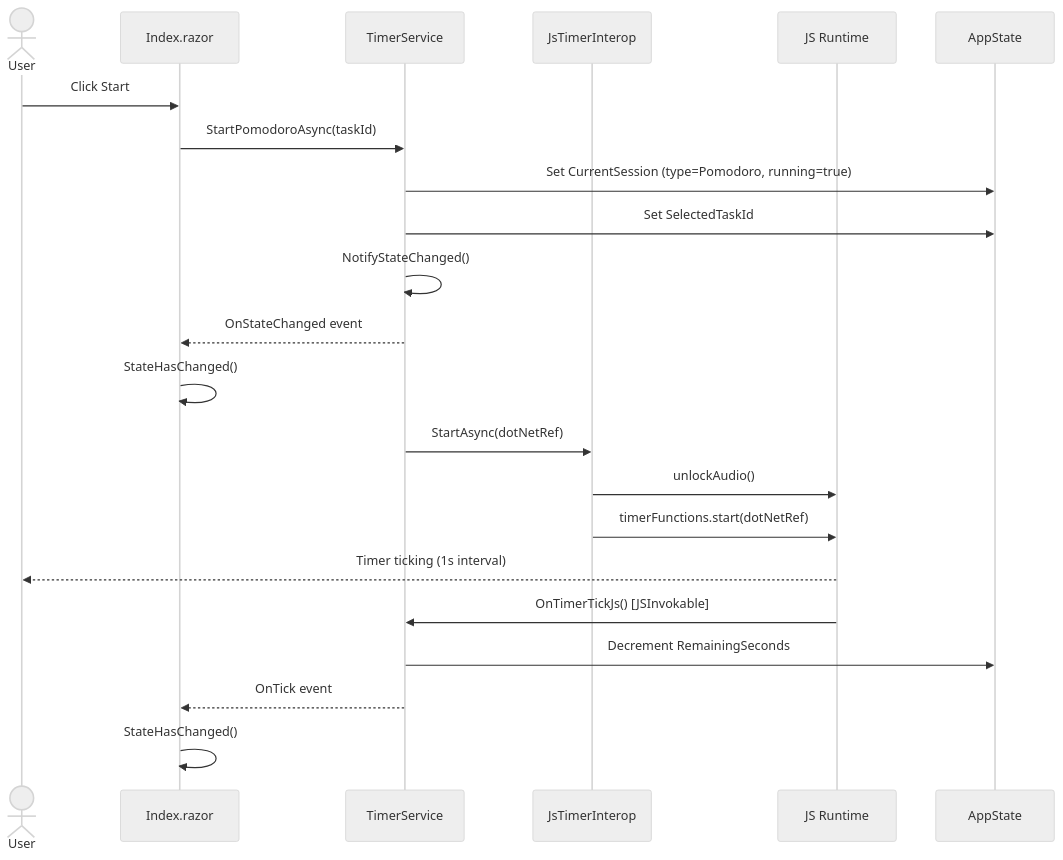
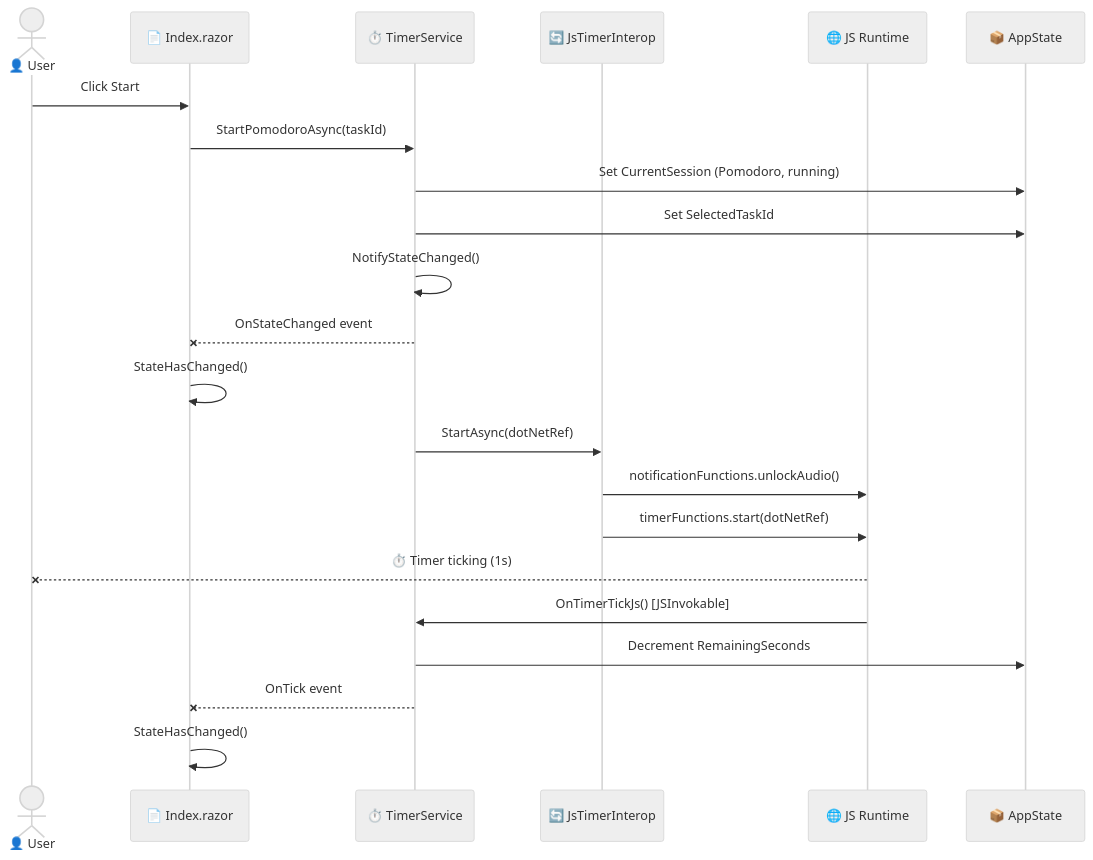
Before and after one commit to Nayeem170/Pomodoro: the fourth of 9 diagrams in CODEMAP.md, drawn with Mermaid (neutral theme). The commit also changed other lines of this file, not shown here.

Commit message:
docs: polish CODEMAP.md with Mermaid architecture, visual styling, and verified accuracy

````diff
--- a/CODEMAP.md
+++ b/CODEMAP.md
@@ -202,25 +232,25 @@
 ```mermaid
 sequenceDiagram
-    actor User
-    participant Index as Index.razor
-    participant TS as TimerService
-    participant JTI as JsTimerInterop
-    participant JS as JS Runtime
-    participant AS as AppState
+    actor U as 👤 User
+    participant I as 📄 Index.razor
+    participant TS as ⏱️ TimerService
+    participant JTI as 🔄 JsTimerInterop
+    participant JS as 🌐 JS Runtime
+    participant AS as 📦 AppState
 
-    User->>Index: Click Start
-    Index->>TS: StartPomodoroAsync(taskId)
-    TS->>AS: Set CurrentSession (type=Pomodoro, running=true)
+    U->>I: Click Start
+    I->>TS: StartPomodoroAsync(taskId)
+    TS->>AS: Set CurrentSession (Pomodoro, running)
     TS->>AS: Set SelectedTaskId
     TS->>TS: NotifyStateChanged()
-    TS-->>Index: OnStateChanged event
-    Index->>Index: StateHasChanged()
+    TS--xI: OnStateChanged event
+    I->>I: StateHasChanged()
     TS->>JTI: StartAsync(dotNetRef)
-    JTI->>JS: unlockAudio()
+    JTI->>JS: notificationFunctions.unlockAudio()
     JTI->>JS: timerFunctions.start(dotNetRef)
-    JS-->>User: Timer ticking (1s interval)
+    JS--xU: ⏱️ Timer ticking (1s)
     JS->>TS: OnTimerTickJs() [JSInvokable]
     TS->>AS: Decrement RemainingSeconds
-    TS-->>Index: OnTick event
-    Index->>Index: StateHasChanged()
+    TS--xI: OnTick event
+    I->>I: StateHasChanged()
 ```
````
